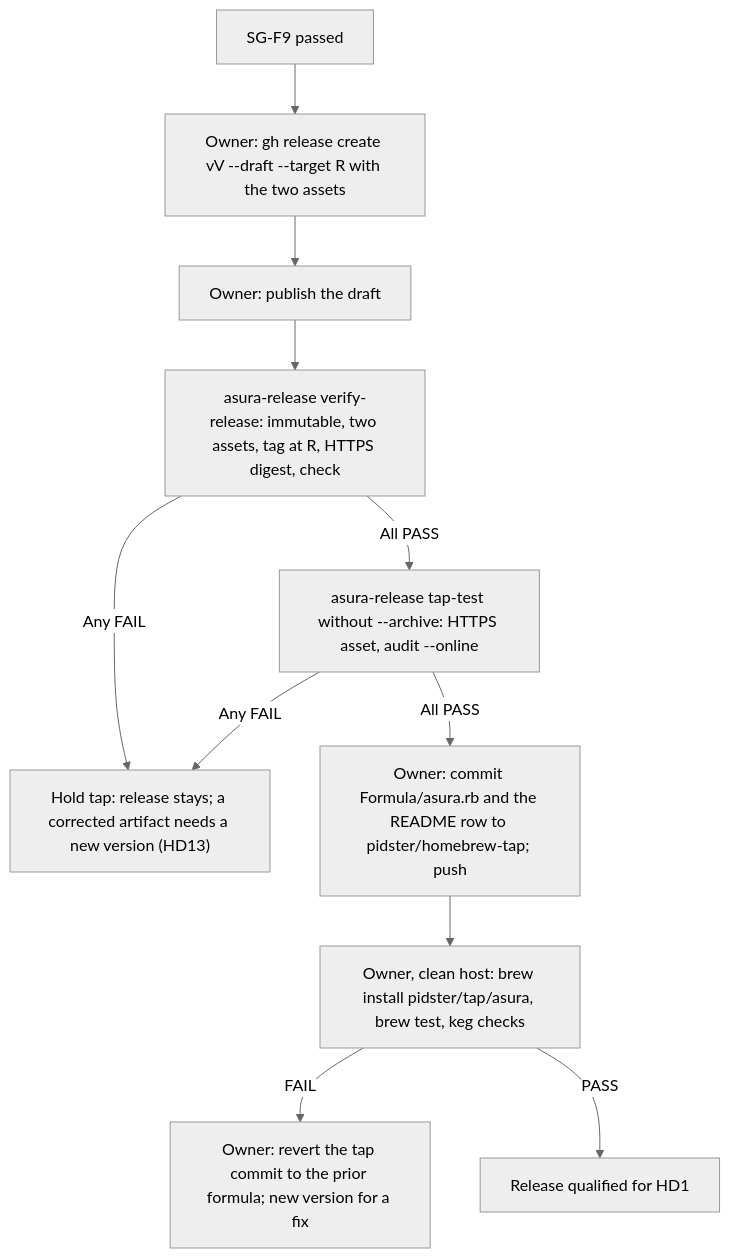
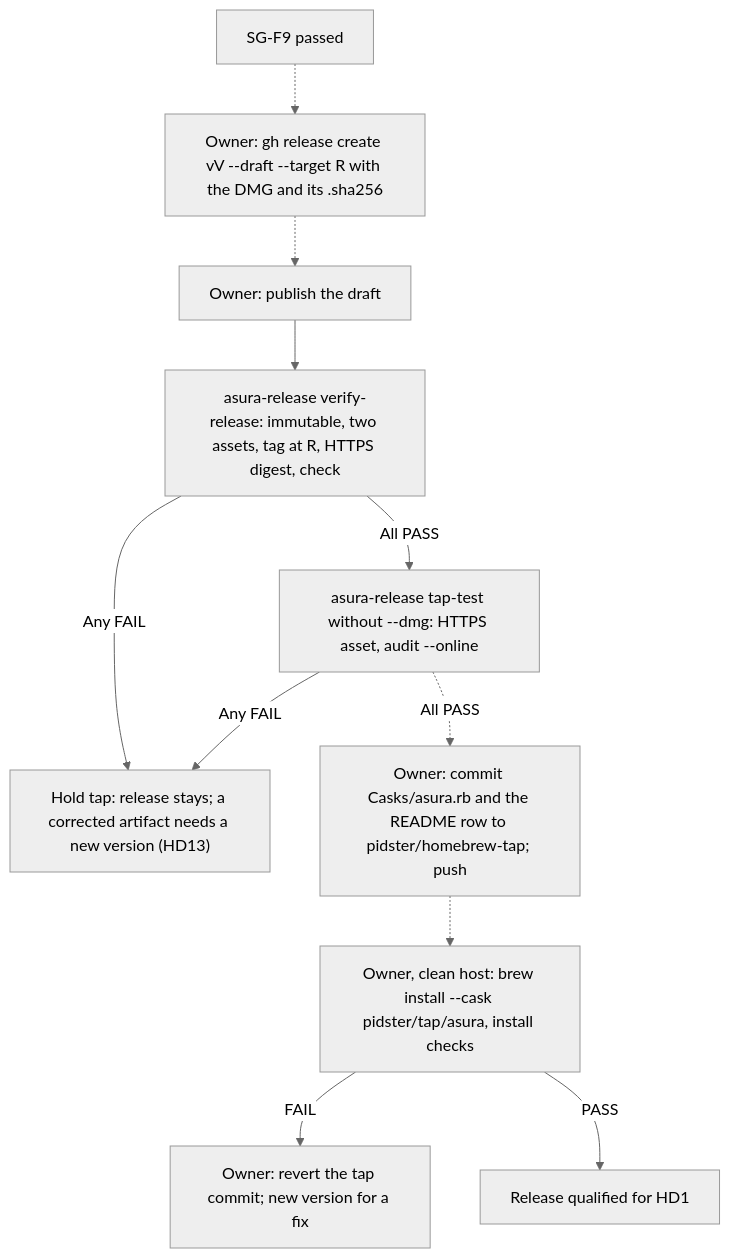
The sixth of 17 diagrams in docs/designs/release-signing.md (pidster/asura), drawn with Mermaid (neutral theme) before and after one commit. The commit also changed other lines of this file and 10 other files, not shown here.

First line of the commit message:
Design the signed DMG and Homebrew cask distribution (SG6)

````diff
--- a/docs/designs/release-signing.md
+++ b/docs/designs/release-signing.md
@@ -774,13 +872,13 @@
 ```mermaid
 flowchart TD
-    Ready["SG-F9 passed"] --> Draft["Owner: gh release create vV --draft --target R with the two assets"]
-    Draft --> Pub["Owner: publish the draft"]
+    Ready["SG-F9 passed"] -.-> Draft["Owner: gh release create vV --draft --target R with the DMG and its .sha256"]
+    Draft -.-> Pub["Owner: publish the draft"]
     Pub --> Ver["asura-release verify-release: immutable, two assets, tag at R, HTTPS digest, check"]
     Ver -->|"Any FAIL"| H3["Hold tap: release stays; a corrected artifact needs a new version (HD13)"]
-    Ver -->|"All PASS"| Tap2["asura-release tap-test without --archive: HTTPS asset, audit --online"]
+    Ver -->|"All PASS"| Tap2["asura-release tap-test without --dmg: HTTPS asset, audit --online"]
     Tap2 -->|"Any FAIL"| H3
-    Tap2 -->|"All PASS"| Push["Owner: commit Formula/asura.rb and the README row to pidster/homebrew-tap; push"]
-    Push --> Clean["Owner, clean host: brew install pidster/tap/asura, brew test, keg checks"]
-    Clean -->|FAIL| Revert["Owner: revert the tap commit to the prior formula; new version for a fix"]
+    Tap2 -.->|"All PASS"| Push["Owner: commit Casks/asura.rb and the README row to pidster/homebrew-tap; push"]
+    Push -.-> Clean["Owner, clean host: brew install --cask pidster/tap/asura, install checks"]
+    Clean -->|FAIL| Revert["Owner: revert the tap commit; new version for a fix"]
     Clean -->|PASS| Done["Release qualified for HD1"]
 ```
````
